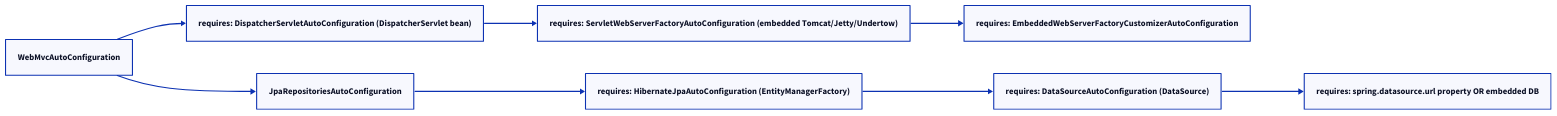
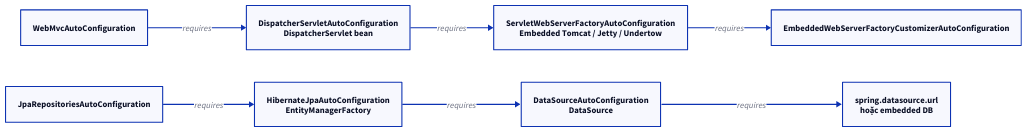
One commit to vanhiep99w/java-learn changed the fourth of 6 diagrams in content/docs/spring/spring-boot-autoconfiguration.md. Above: the diagram before and after it, drawn with D2. The commit also changed other lines of this file and 62 other files, not shown here.

Commit message:
feat(docs): upgrade docs-kit and optimize diagram layouts

````diff
--- a/content/docs/spring/spring-boot-autoconfiguration.md
+++ b/content/docs/spring/spring-boot-autoconfiguration.md
@@ -645,18 +648,17 @@
 ```d2 title="9.2. Dependency chain example"
 direction: right
-t0: "WebMvcAutoConfiguration"
-t1: "requires: DispatcherServletAutoConfiguration (DispatcherServlet bean)"
-t0 -> t1
-t2: "requires: ServletWebServerFactoryAutoConfiguration (embedded Tomcat/Jetty/Undertow)"
-t1 -> t2
-t3: "requires: EmbeddedWebServerFactoryCustomizerAutoConfiguration"
-t2 -> t3
-t4: "JpaRepositoriesAutoConfiguration"
-t0 -> t4
-t5: "requires: HibernateJpaAutoConfiguration (EntityManagerFactory)"
-t4 -> t5
-t6: "requires: DataSourceAutoConfiguration (DataSource)"
-t5 -> t6
-t7: "requires: spring.datasource.url property OR embedded DB"
-t6 -> t7
+web: WebMvcAutoConfiguration
+dispatcher: "DispatcherServletAutoConfiguration\nDispatcherServlet bean"
+server: "ServletWebServerFactoryAutoConfiguration\nEmbedded Tomcat / Jetty / Undertow"
+customizer: EmbeddedWebServerFactoryCustomizerAutoConfiguration
+jpa: JpaRepositoriesAutoConfiguration
+hibernate: "HibernateJpaAutoConfiguration\nEntityManagerFactory"
+datasource: "DataSourceAutoConfiguration\nDataSource"
+config: "spring.datasource.url\nhoặc embedded DB"
+web -> dispatcher: requires
+dispatcher -> server: requires
+server -> customizer: requires
+jpa -> hibernate: requires
+hibernate -> datasource: requires
+datasource -> config: requires
 ```
````
